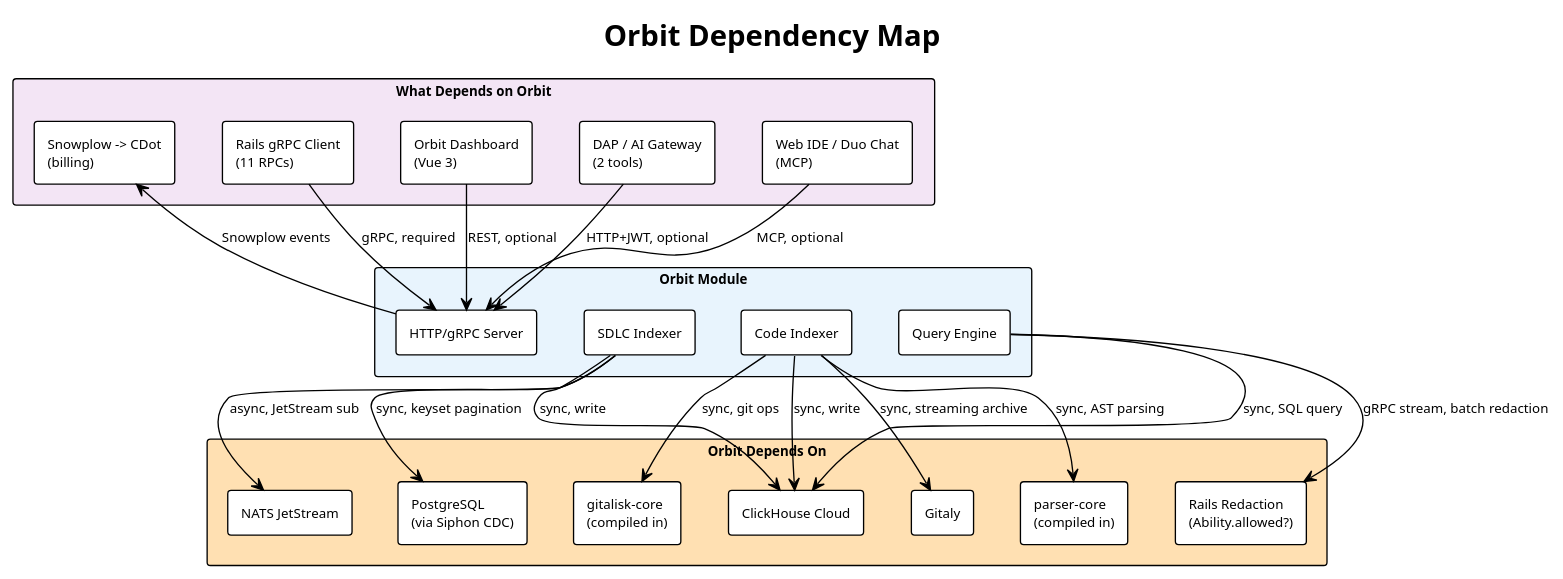
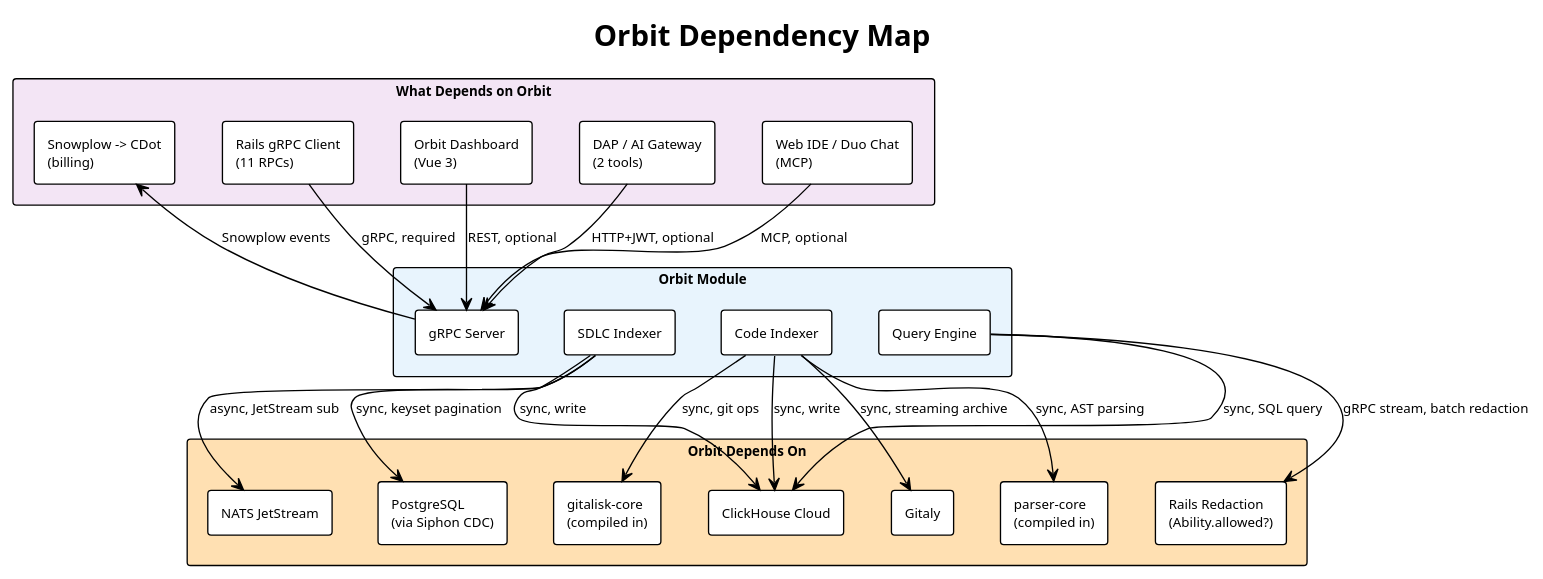
The diagram in docs/design_review/puml/orbit_dependencies.puml (gitlabhq/orbit-knowledge-graph), drawn with PlantUML before and after one commit. The commit also changed 32 other files, not shown here.

```diff
--- a/docs/design_review/puml/orbit_dependencies.puml
+++ b/docs/design_review/puml/orbit_dependencies.puml
@@ -1,52 +1,52 @@
 @startuml orbit_dependencies
 !theme plain
 skinparam backgroundColor #FFFFFF
 skinparam defaultFontSize 10
 skinparam componentStyle rectangle
 
 title Orbit Dependency Map
 
 rectangle "Orbit Module" as orbit #E8F4FD {
   component "SDLC Indexer" as sdlc
   component "Code Indexer" as code
   component "Query Engine" as qe
-  component "HTTP/gRPC Server" as http
+  component "gRPC Server" as http
 }
 
 rectangle "Orbit Depends On" as deps #FFE0B2 {
   component "ClickHouse Cloud" as ch
   component "NATS JetStream" as nats
   component "Gitaly" as gitaly
   component "PostgreSQL\n(via Siphon CDC)" as pg
   component "Rails Redaction\n(Ability.allowed?)" as redact
   component "parser-core\n(compiled in)" as parser
   component "gitalisk-core\n(compiled in)" as gitalisk
 }
 
 rectangle "What Depends on Orbit" as consumers #F3E5F5 {
   component "Rails gRPC Client\n(11 RPCs)" as grpc
   component "Orbit Dashboard\n(Vue 3)" as dash
   component "DAP / AI Gateway\n(2 tools)" as dap
   component "Web IDE / Duo Chat\n(MCP)" as ide
   component "Snowplow -> CDot\n(billing)" as billing
 }
 
 ' Dependencies
 sdlc --> pg : "sync, keyset pagination"
 sdlc --> nats : "async, JetStream sub"
 sdlc --> ch : "sync, write"
 code --> gitaly : "sync, streaming archive"
 code --> parser : "sync, AST parsing"
 code --> gitalisk : "sync, git ops"
 code --> ch : "sync, write"
 qe --> ch : "sync, SQL query"
 qe --> redact : "gRPC stream, batch redaction"
 
 ' Consumers
 grpc --> http : "gRPC, required"
 dash --> http : "REST, optional"
 dap --> http : "HTTP+JWT, optional"
 ide --> http : "MCP, optional"
 http --> billing : "Snowplow events"
 
 @enduml
```
